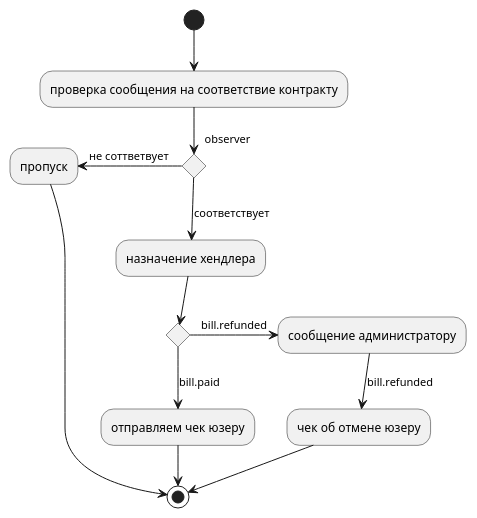
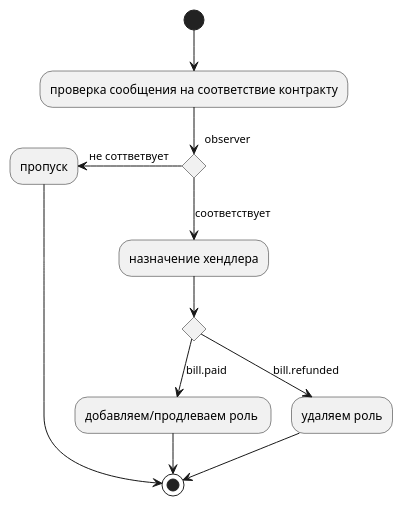
The diagram in docs/contracts/event_to_nottification.puml (TreOne/Billing-Graduate-Work), drawn with PlantUML before and after one commit.

Commit message:
docs: models simplified

```diff
--- a/docs/contracts/event_to_nottification.puml
+++ b/docs/contracts/event_to_nottification.puml
@@ -2,23 +2,22 @@
 @startuml
 
 
 
 
 (*) --> "проверка сообщения на соответствие контракту"
 
 if "observer" then
   --left->[не соттветвует ] "пропуск"
   -> (*)
 else
   -->[соответствует] "назначение хендлера"
 endif
 if "" then
-    -->[bill.paid] "отправляем чек юзеру"
+    -->[bill.paid] "добавляем/продлеваем роль "
     --> (*)
 else
-    -right->[bill.refunded] "сообщение администратору"
-    -down->[bill.refunded] "чек об отмене юзеру"
+    -down->[bill.refunded] "удаляем роль"
     -down-> (*)
 endif
 
 @enduml
```
